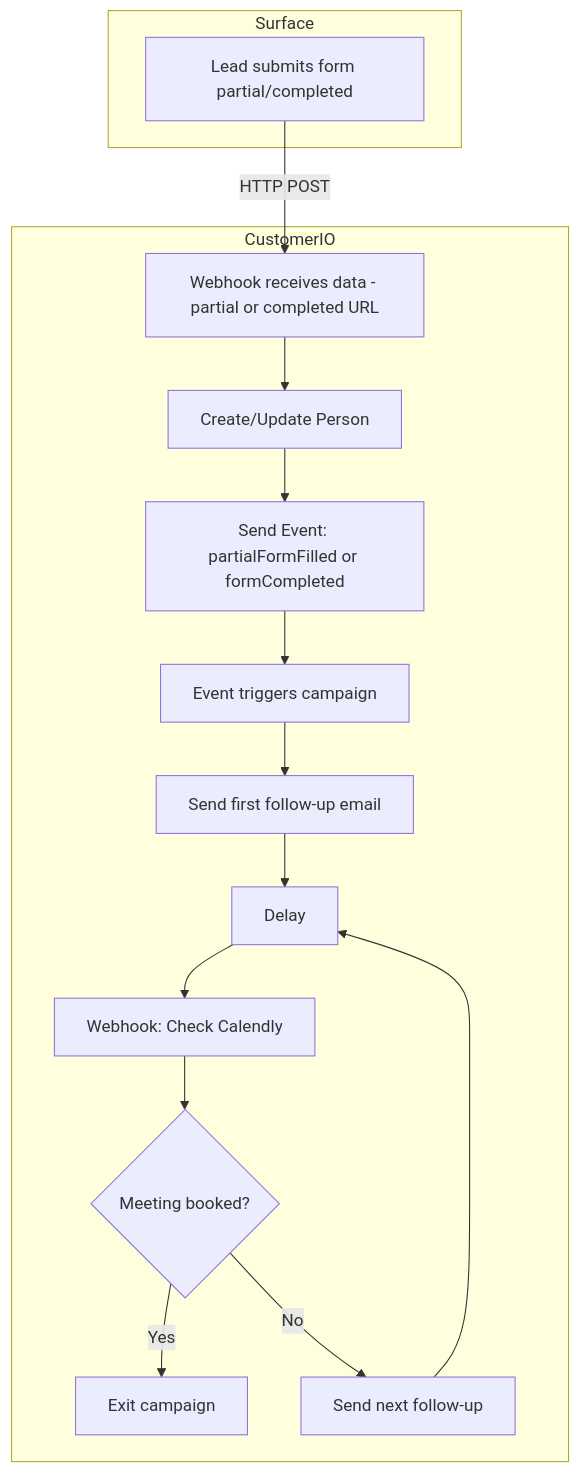
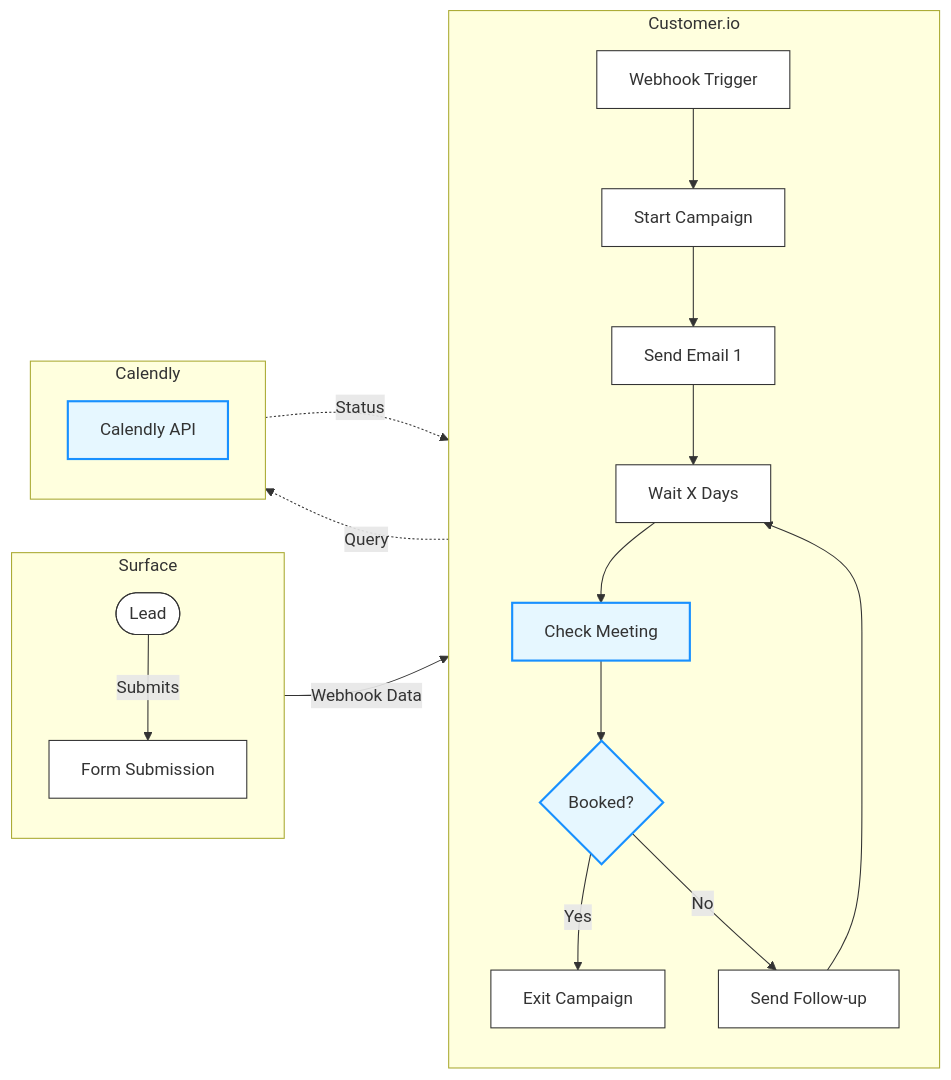
The diagram in guides/email-sequences-customerio-calendly/overview.mdx (trysurface/mintlify-docs), drawn with Mermaid before and after one commit. The commit also changed other lines of this file and 1 other file, not shown here.

Commit message:
res comments

````diff
--- a/guides/email-sequences-customerio-calendly/overview.mdx
+++ b/guides/email-sequences-customerio-calendly/overview.mdx
@@ -79,25 +86,49 @@
 ```mermaid
-flowchart TD
-    subgraph Surface
-        A[Lead submits form partial/completed]
+flowchart LR
+    %% Participants & Subgraphs
+    subgraph S [Surface]
+        direction TB
+        Lead([Lead])
+        Form[Form Submission]
     end
 
-    subgraph CustomerIO
-        B[Webhook receives data - partial or completed URL]
-        C[Create/Update Person]
-        D[Send Event: partialFormFilled or formCompleted]
-        E[Event triggers campaign]
-        F[Send first follow-up email]
-        G[Delay]
-        H[Webhook: Check Calendly]
-        I{Meeting booked?}
-        J[Exit campaign]
-        K[Send next follow-up]
+    subgraph C [Customer.io]
+        direction TB
+        Webhook[Webhook Trigger]
+        Campaign[Start Campaign]
+        Email1[Send Email 1]
+        Delay[Wait X Days]
+        Check[Check Meeting]
+        Decision{Booked?}
+        Exit[Exit Campaign]
+        Next[Send Follow-up]
     end
 
-    A -->|HTTP POST| B
-    B --> C --> D --> E --> F --> G --> H --> I
-    I -->|Yes| J
-    I -->|No| K
-    K --> G
+    subgraph K [Calendly]
+        direction TB
+        API[Calendly API]
+    end
+
+    %% Connections
+    Lead -->|Submits| Form
+    Form -->|Webhook Data| Webhook
+    Webhook --> Campaign
+    Campaign --> Email1
+    Email1 --> Delay
+    Delay --> Check
+
+    Check -.->|Query| API
+    API -.->|Status| Check
+
+    Check --> Decision
+    Decision -->|Yes| Exit
+    Decision -->|No| Next
+    Next --> Delay
+
+    %% Styling
+    classDef plain fill:#fff,stroke:#333,stroke-width:1px;
+    classDef check fill:#e6f7ff,stroke:#1890ff,stroke-width:2px;
+
+    class Lead,Form,Webhook,Campaign,Email1,Delay,Exit,Next plain;
+    class Check,Decision,API check;
 ```
````
